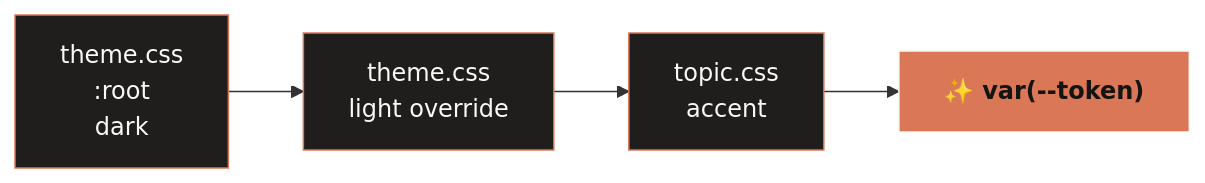
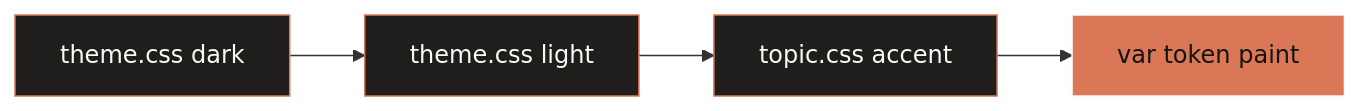
Before and after one commit to debsumar/Debanjans-learning-system: the second of 3 diagrams in README.md, drawn with Mermaid. The commit also changed other lines of this file and 19 other files, not shown here.

````diff
--- a/README.md
+++ b/README.md
@@ -88,8 +91,8 @@
 ```mermaid
 flowchart LR
-  A["theme.css<br/>:root<br/>dark"] --> B["theme.css<br/>light override"] --> C["topic.css<br/>accent"] --> D["✨ var(--token)"]
+  A["theme.css dark"] --> B["theme.css light"] --> C["topic.css accent"] --> D["var token paint"]
   classDef s fill:#1f1e1c,stroke:#d97757,color:#faf9f5
-  classDef o fill:#d97757,stroke:#faf9f5,color:#141413,font-weight:bold
+  classDef o fill:#d97757,stroke:#faf9f5,color:#141413
   class A,B,C s
   class D o
 ```
````
